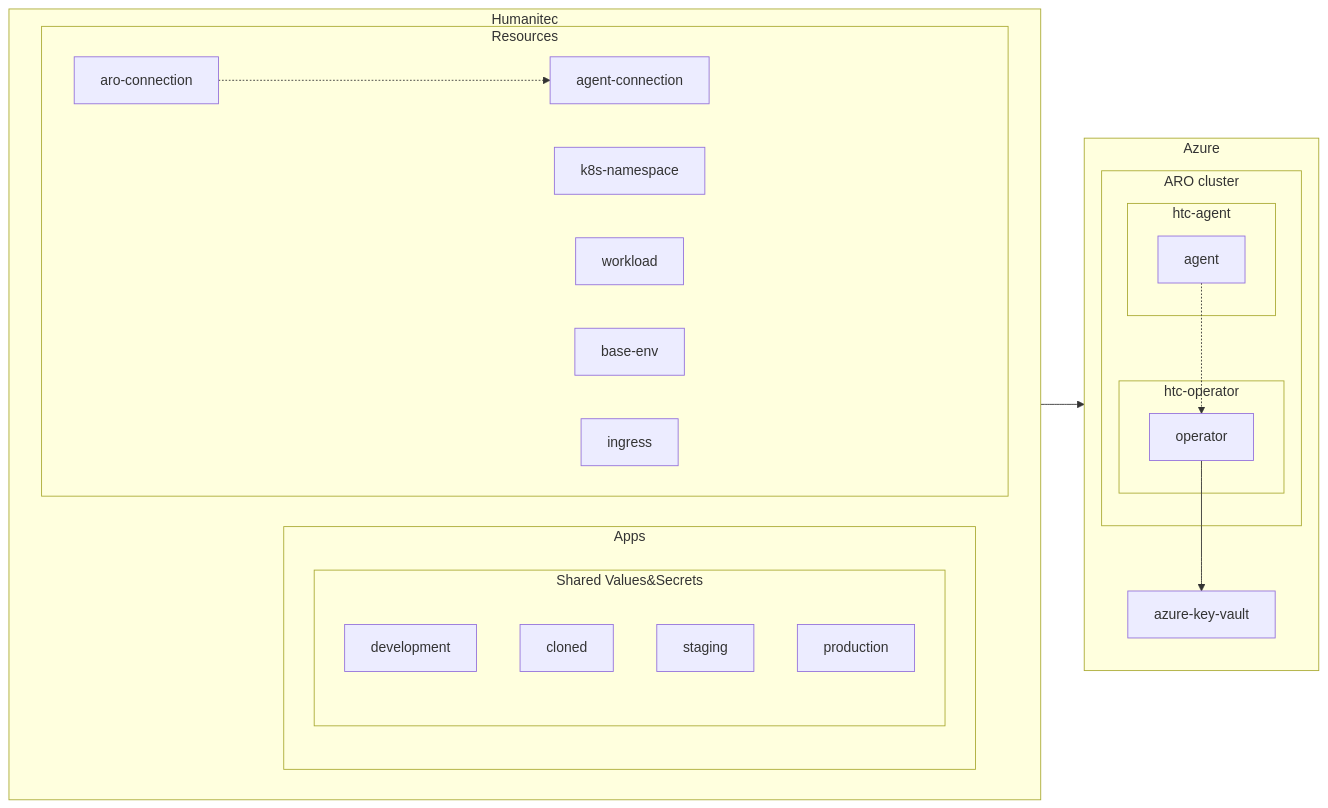
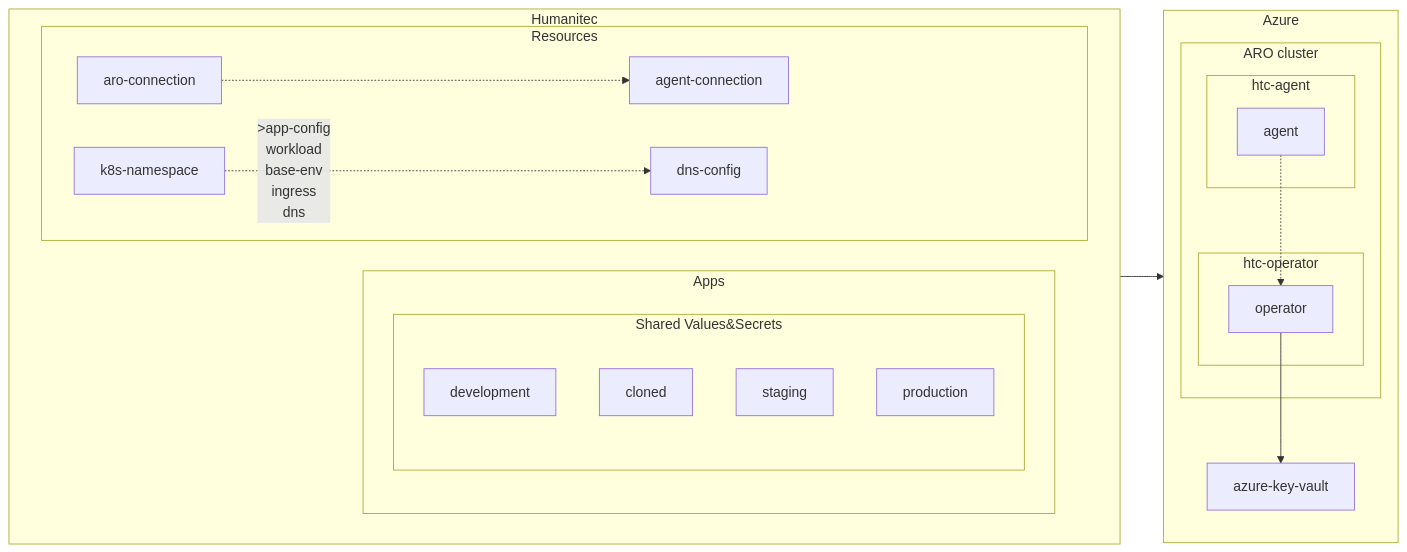
The second of 2 diagrams in README.md (Humanitec-DemoOrg/mvp-workshop), drawn with Mermaid before and after one commit. The commit also changed other lines of this file, not shown here.

````diff
--- a/README.md
+++ b/README.md
@@ -570,39 +573,40 @@
 ```mermaid
 flowchart LR
   subgraph Humanitec
     direction LR
     subgraph Resources
         aro-connection-.->agent-connection
-        k8s-namespace
+        k8s-namespace-.>app-config
         workload
         base-env
         ingress
+        dns-.->dns-config
     end
     subgraph Apps
         subgraph Shared Values&Secrets
             development
             cloned
             staging
             production
         end
         development
         cloned
         staging
         production
     end
   end
   subgraph Azure
     direction TB
     subgraph ARO cluster
         subgraph htc-agent
             agent
         end
         subgraph htc-operator
             operator
         end
         agent-.->operator
     end
     operator-->azure-key-vault
   end
   agent-connection-->agent
 ```
````
